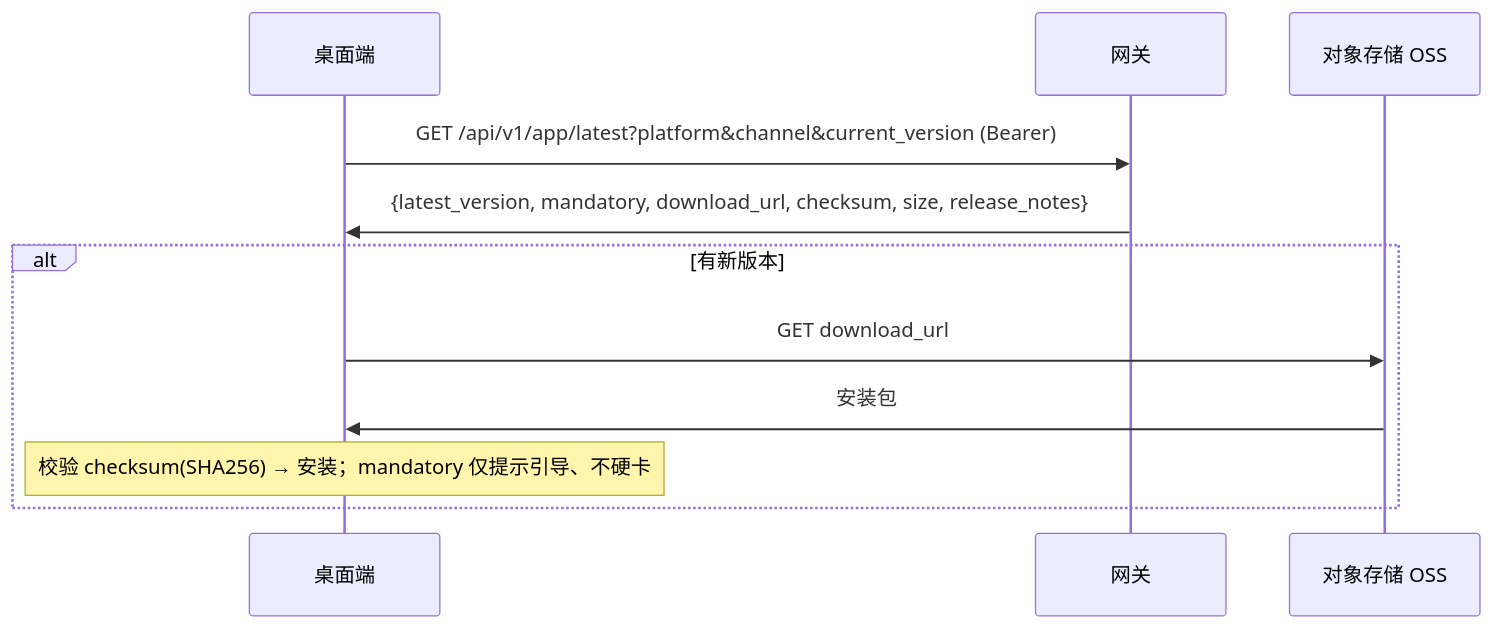
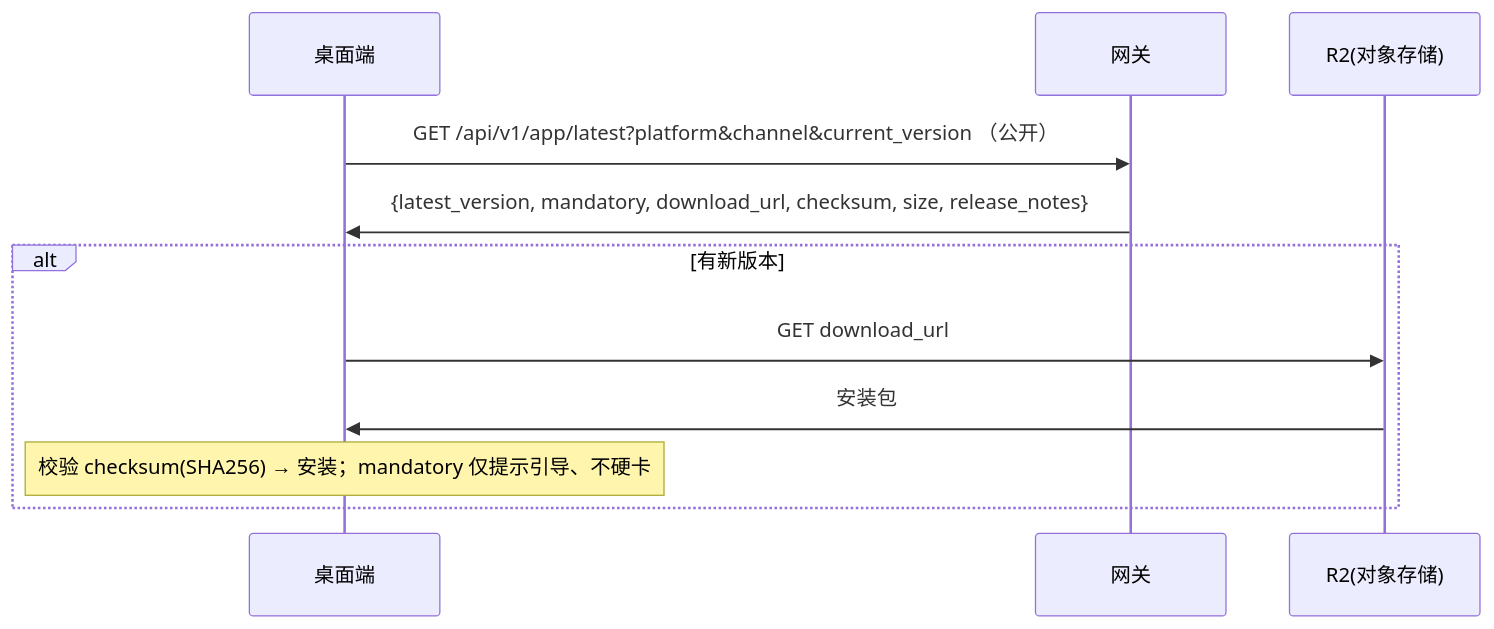
One commit to pysinsjz/vulture-gateway changed the diagram in docs/flows/distribution.md. Above: the diagram before and after it, drawn with Mermaid. The commit also changed other lines of this file and 8 other files, not shown here.

````diff
--- a/docs/flows/distribution.md
+++ b/docs/flows/distribution.md
@@ -19,14 +19,14 @@
 ```mermaid
 sequenceDiagram
     participant D as 桌面端
     participant G as 网关
-    participant O as 对象存储 OSS
+    participant O as R2(对象存储)
 
-    D->>G: GET /api/v1/app/latest?platform&channel&current_version (Bearer)
+    D->>G: GET /api/v1/app/latest?platform&channel&current_version （公开）
     G->>D: {latest_version, mandatory, download_url, checksum, size, release_notes}
     alt 有新版本
         D->>O: GET download_url
         O->>D: 安装包
         Note over D: 校验 checksum(SHA256) → 安装；mandatory 仅提示引导、不硬卡
     end
 ```
````
